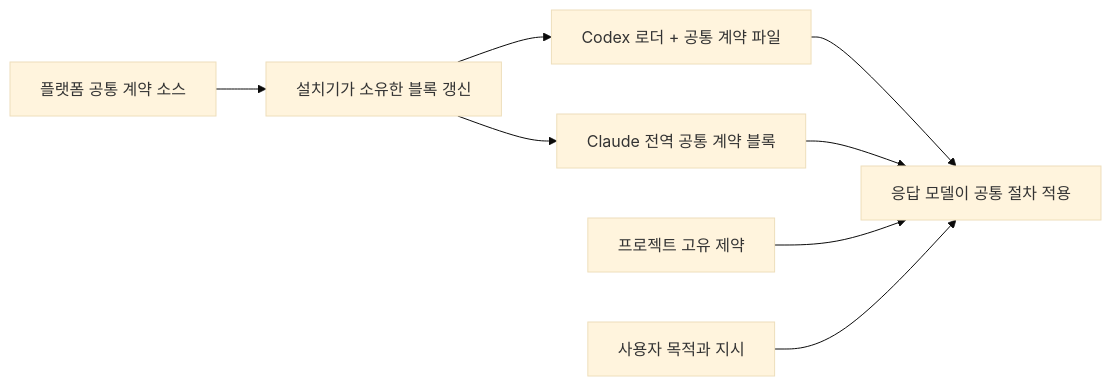
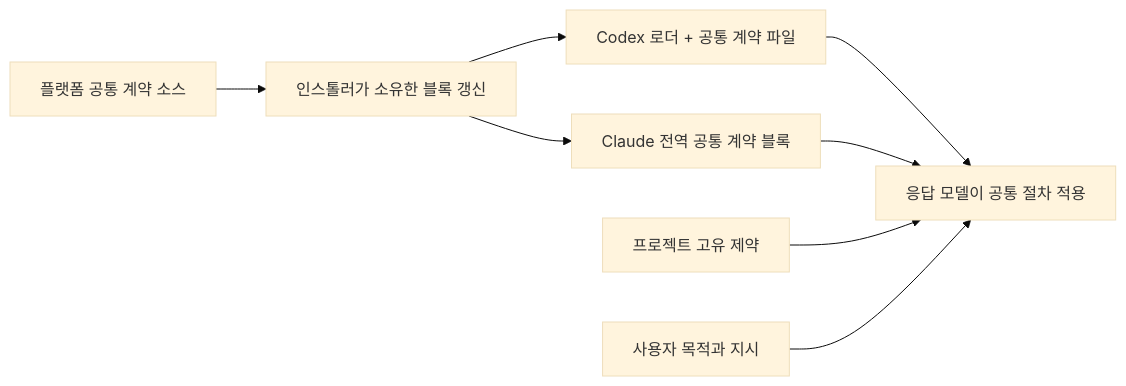
The diagram in docs/ko/getting-started/installation.md (AidALL/ghost-alice), drawn with Mermaid (base theme) before and after one commit. The commit also changed other lines of this file and 13 other files, not shown here.

````diff
--- a/docs/ko/getting-started/installation.md
+++ b/docs/ko/getting-started/installation.md
@@ -307,10 +307,10 @@
 ```mermaid
 flowchart LR
-    S["플랫폼 공통 계약 소스"] --> I["설치기가 소유한 블록 갱신"]
+    S["플랫폼 공통 계약 소스"] --> I["인스톨러가 소유한 블록 갱신"]
     I --> C["Codex 로더 + 공통 계약 파일"]
     I --> H["Claude 전역 공통 계약 블록"]
     C --> M["응답 모델이 공통 절차 적용"]
     H --> M
     P["프로젝트 고유 제약"] --> M
     U["사용자 목적과 지시"] --> M
 ```
````
